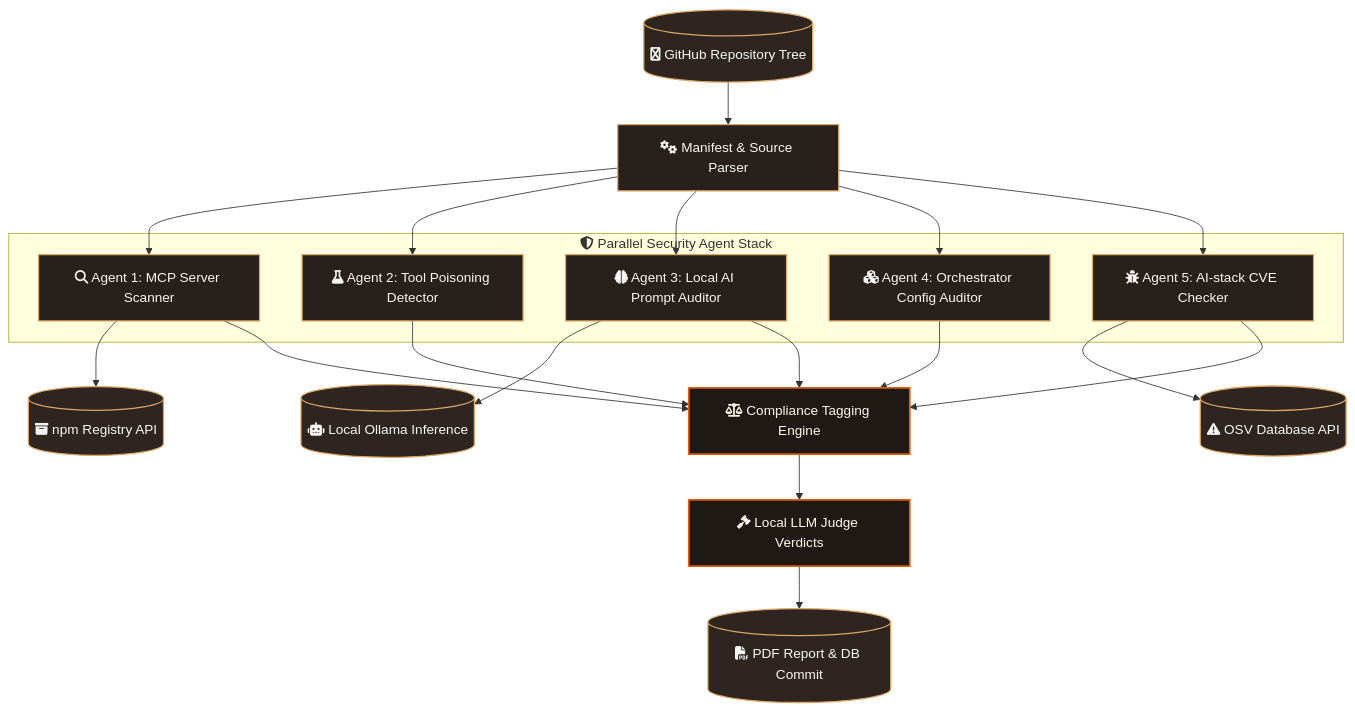
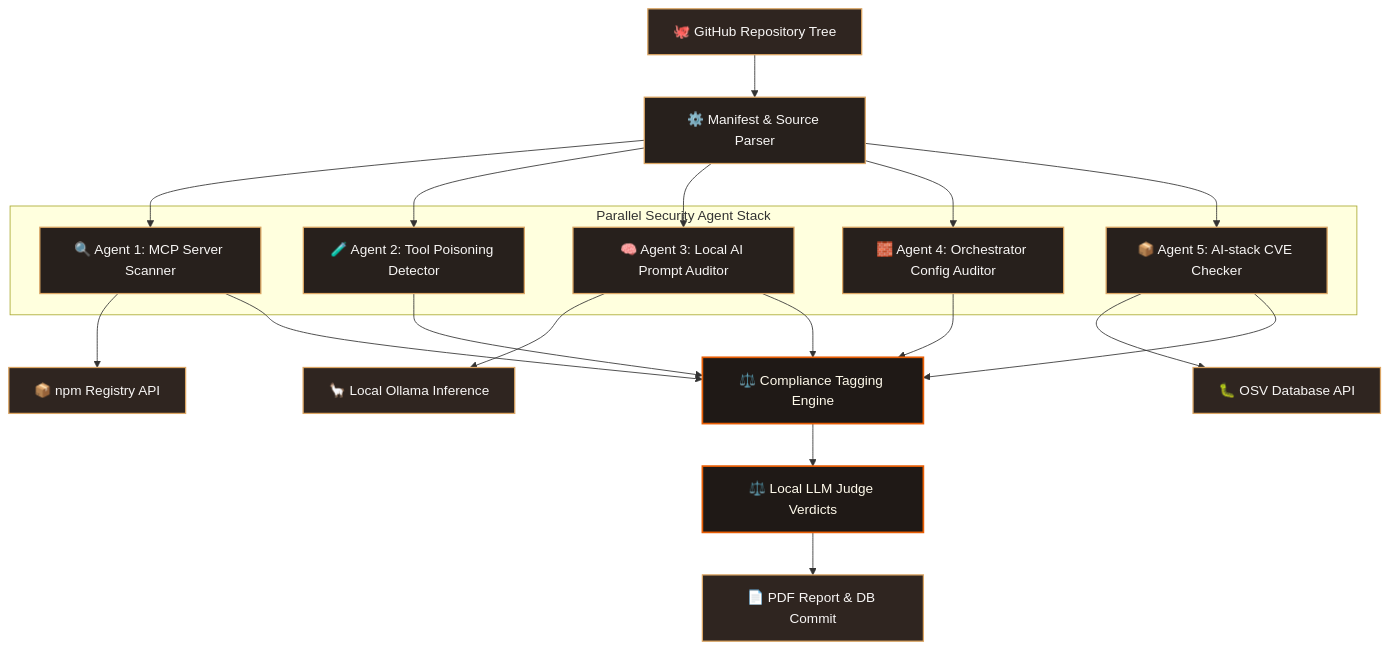
Before and after one commit to ritvikindupuri/Ward---MCP-Auditior: the second of 2 diagrams in docs/TECHNICAL_DOCUMENTATION.md, drawn with Mermaid. The commit also changed other lines of this file and 1 other file, not shown here.

Commit message:
docs: finalize bulletproof markdown flowchart syntax with standard shapes and text emojis

````diff
--- a/docs/TECHNICAL_DOCUMENTATION.md
+++ b/docs/TECHNICAL_DOCUMENTATION.md
@@ -86,37 +86,37 @@
 ```mermaid
 flowchart TD
     %% Style declarations
     classDef default fill:#27201c,stroke:#dca664,stroke-width:1.5px,color:#f8f6f5;
     classDef start fill:#3a2e28,stroke:#dca664,stroke-width:2px,color:#fff;
     classDef db fill:#2f2520,stroke:#dca664,stroke-width:1.5px,color:#f8f6f5;
     classDef engine fill:#1f1916,stroke:#e85d04,stroke-width:2px,color:#fffaeb;
 
-    Repo[("fa:fa-github GitHub Repository Tree")]:::db --> Parser["fa:fa-cogs Manifest & Source Parser"]:::default
+    Repo["🐙 GitHub Repository Tree"]:::db --> Parser["⚙️ Manifest & Source Parser"]:::default
     
-    subgraph STACK ["fa:fa-shield-alt Parallel Security Agent Stack"]
-        A1["fa:fa-search Agent 1: MCP Server Scanner"]:::default
-        A2["fa:fa-flask Agent 2: Tool Poisoning Detector"]:::default
-        A3["fa:fa-brain Agent 3: Local AI Prompt Auditor"]:::default
-        A4["fa:fa-cubes Agent 4: Orchestrator Config Auditor"]:::default
-        A5["fa:fa-bug Agent 5: AI-stack CVE Checker"]:::default
+    subgraph STACK ["Parallel Security Agent Stack"]
+        A1["🔍 Agent 1: MCP Server Scanner"]:::default
+        A2["🧪 Agent 2: Tool Poisoning Detector"]:::default
+        A3["🧠 Agent 3: Local AI Prompt Auditor"]:::default
+        A4["🧱 Agent 4: Orchestrator Config Auditor"]:::default
+        A5["📦 Agent 5: AI-stack CVE Checker"]:::default
     end
     
     Parser --> A1
     Parser --> A2
     Parser --> A3
     Parser --> A4
     Parser --> A5
     
-    A1 --> NPM[("fa:fa-archive npm Registry API")]:::db
-    A3 --> Ollama[("fa:fa-robot Local Ollama Inference")]:::db
-    A5 --> OSV[("fa:fa-exclamation-triangle OSV Database API")]:::db
+    A1 --> NPM["📦 npm Registry API"]:::db
+    A3 --> Ollama["🦙 Local Ollama Inference"]:::db
+    A5 --> OSV["🐛 OSV Database API"]:::db
     
-    A1 --> Comp["fa:fa-balance-scale Compliance Tagging Engine"]:::engine
+    A1 --> Comp["⚖️ Compliance Tagging Engine"]:::engine
     A2 --> Comp
     A3 --> Comp
     A4 --> Comp
     A5 --> Comp
     
-    Comp --> Judge["fa:fa-gavel Local LLM Judge Verdicts"]:::engine
-    Judge --> Report[("fa:fa-file-pdf PDF Report & DB Commit")]:::db
+    Comp --> Judge["⚖️ Local LLM Judge Verdicts"]:::engine
+    Judge --> Report["📄 PDF Report & DB Commit"]:::db
 ```
````
